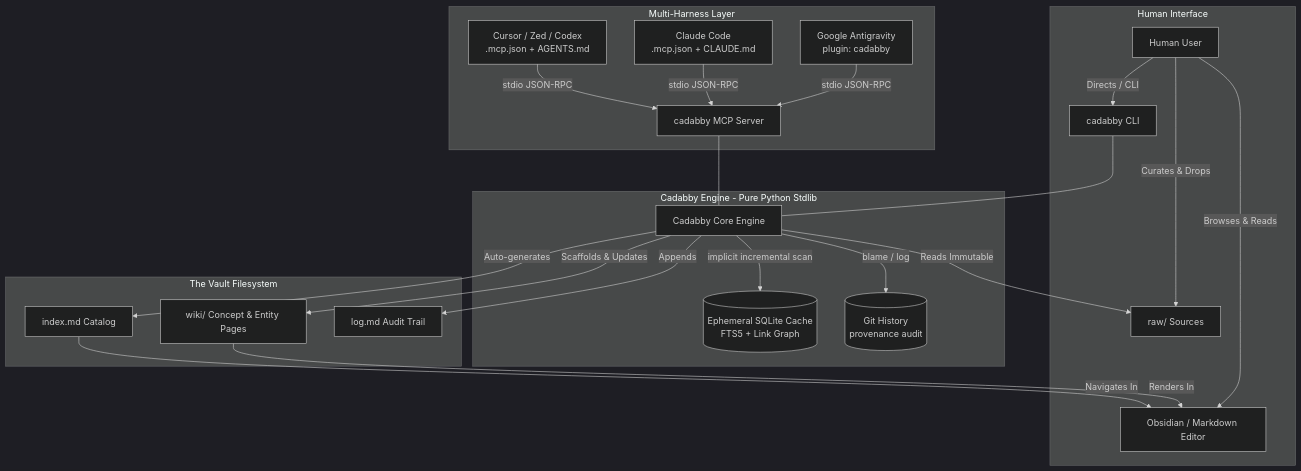
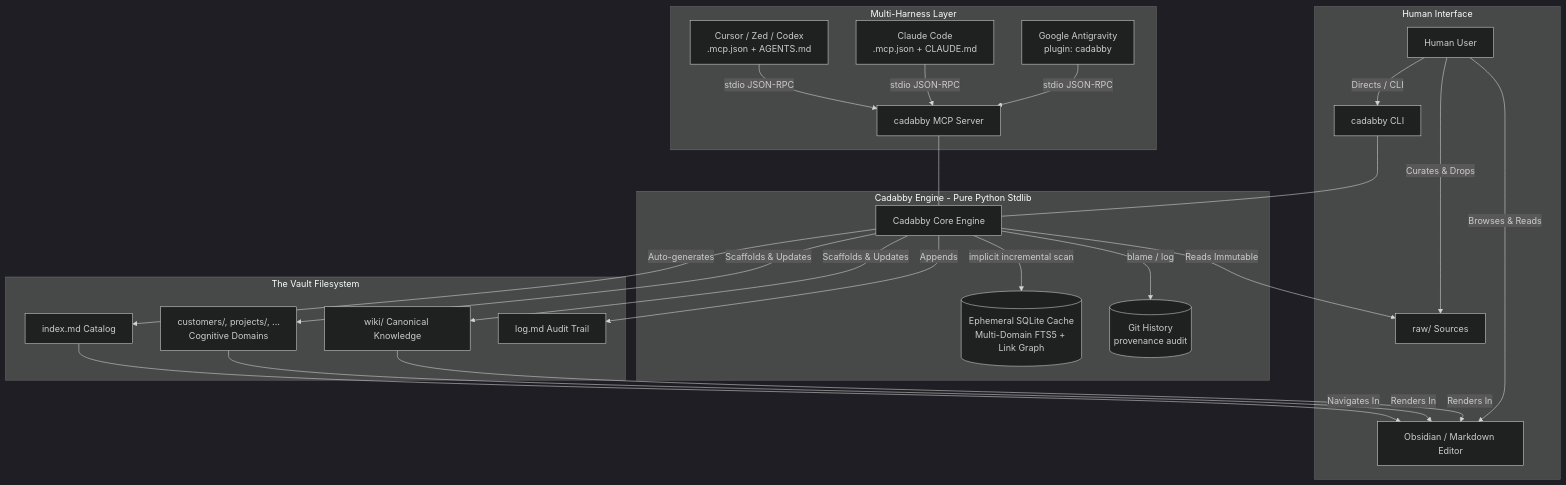
Before and after one commit to naikoob/cadabby: the first of 2 diagrams in SPECIFICATION.md, drawn with Mermaid (dark theme). The commit also changed other lines of this file and 29 other files, not shown here.

First line of the commit message:
feat: add cognitive domains, graph queries, harness installer, and v0.3.0 spec

````diff
--- a/SPECIFICATION.md
+++ b/SPECIFICATION.md
@@ -29,30 +32,32 @@
 ```mermaid
 graph TD
     subgraph Human Interface
         H[Human User] -->|Browses & Reads| OBS[Obsidian / Markdown Editor]
         H -->|Curates & Drops| RAW[raw/ Sources]
         H -->|Directs / CLI| CAD_CLI[cadabby CLI]
     end
 
     subgraph Multi-Harness Layer
         AGY[Google Antigravity<br>plugin: cadabby] -->|stdio JSON-RPC| CAD_MCP[cadabby MCP Server]
         CC[Claude Code<br>.mcp.json + CLAUDE.md] -->|stdio JSON-RPC| CAD_MCP
         CUR[Cursor / Zed / Codex<br>.mcp.json + AGENTS.md] -->|stdio JSON-RPC| CAD_MCP
     end
 
     subgraph Engine Core [Cadabby Engine - Pure Python Stdlib]
         CAD_CLI --- CAD_CORE[Cadabby Core Engine]
         CAD_MCP --- CAD_CORE
-        CAD_CORE -->|implicit incremental scan| CACHE[(Ephemeral SQLite Cache<br>FTS5 + Link Graph)]
+        CAD_CORE -->|implicit incremental scan| CACHE[(Ephemeral SQLite Cache<br>Multi-Domain FTS5 + Link Graph)]
         CAD_CORE -->|blame / log| GIT[(Git History<br>provenance audit)]
     end
 
     subgraph The Vault Filesystem
         CAD_CORE -->|Reads Immutable| RAW
-        CAD_CORE -->|Scaffolds & Updates| WIKI[wiki/ Concept & Entity Pages]
+        CAD_CORE -->|Scaffolds & Updates| WIKI[wiki/ Canonical Knowledge]
+        CAD_CORE -->|Scaffolds & Updates| DOMAINS[customers/, projects/, ...<br>Cognitive Domains]
         CAD_CORE -->|Auto-generates| IDX[index.md Catalog]
         CAD_CORE -->|Appends| LOG[log.md Audit Trail]
         WIKI -->|Renders In| OBS
+        DOMAINS -->|Renders In| OBS
         IDX -->|Navigates In| OBS
     end
 ```
````
